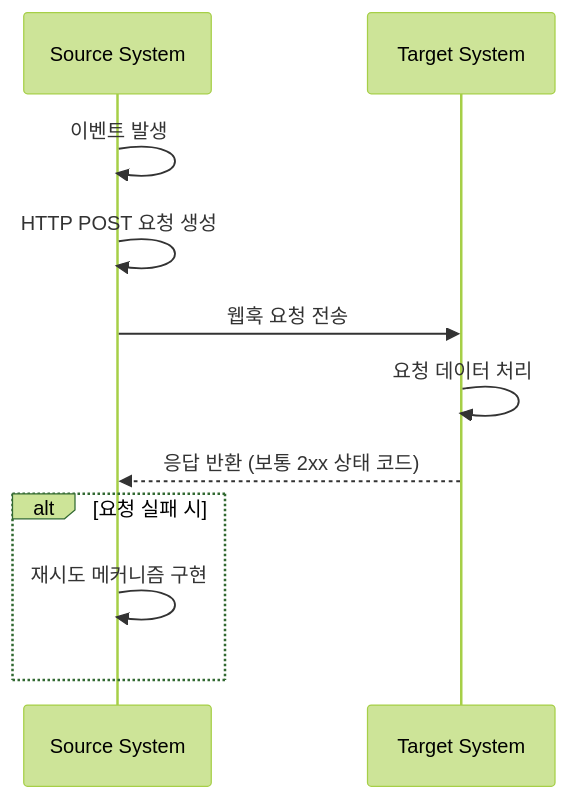
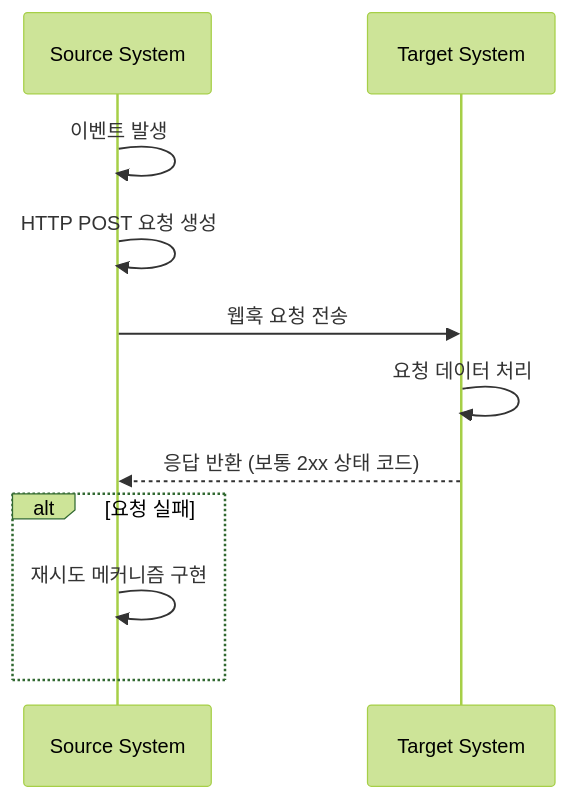
Before and after one commit to logto-io/auth-wiki: the first of 2 diagrams in src/content/terms/ko/webhook.mdx, drawn with Mermaid (forest theme). The commit also changed other lines of this file and 98 other files, not shown here.

````diff
--- a/src/content/terms/ko/webhook.mdx
+++ b/src/content/terms/ko/webhook.mdx
@@ -13,15 +13,15 @@
 ```mermaid
 sequenceDiagram
     participant Source System
     participant Target System
     
     Source System->>Source System: 이벤트 발생
     Source System->>Source System: HTTP POST 요청 생성
     Source System->>Target System: 웹훅 요청 전송
     Target System->>Target System: 요청 데이터 처리
     Target System-->>Source System: 응답 반환 (보통 2xx 상태 코드)
     
-    alt 요청 실패 시
+    alt 요청 실패
         Source System->>Source System: 재시도 메커니즘 구현
     end
 ```
````
